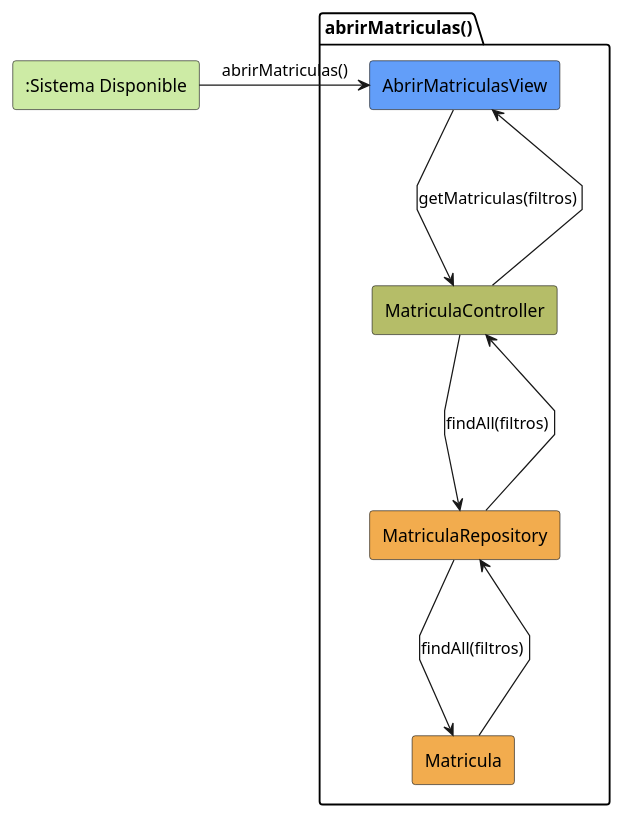
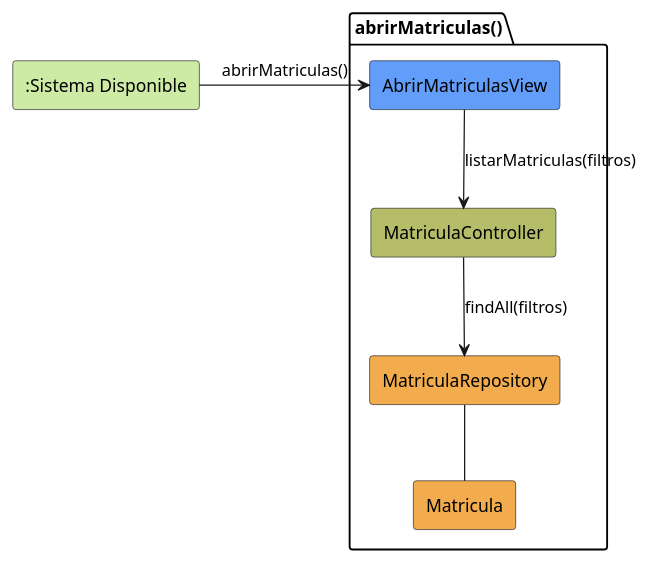
Before and after one commit to jerdier/25-26-idsw2-sdVC: the diagram in modelosUML/analisis/abrirMatriculas/colaboracion.puml, drawn with PlantUML. The commit also changed 83 other files, not shown here.

```diff
--- a/modelosUML/analisis/abrirMatriculas/colaboracion.puml
+++ b/modelosUML/analisis/abrirMatriculas/colaboracion.puml
@@ -1,20 +1,17 @@
 @startuml abrirMatriculas-analisis
 skinparam linetype polyline
 
 rectangle #CDEBA5 ":Sistema Disponible" as SistemaDisponible
 
 package abrirMatriculas as "abrirMatriculas()" {
     rectangle #629EF9 AbrirMatriculasView
     rectangle #b5bd68 MatriculaController
     rectangle #F2AC4E MatriculaRepository
     rectangle #F2AC4E Matricula
 }
 
 SistemaDisponible -r-> AbrirMatriculasView: abrirMatriculas()
-AbrirMatriculasView -d-> MatriculaController: getMatriculas(filtros)
-MatriculaController -d-> MatriculaRepository: findAll(filtros)
-MatriculaRepository -d-> Matricula: findAll(filtros)
-Matricula --u-> MatriculaRepository
-MatriculaRepository --u-> MatriculaController
-MatriculaController --u-> AbrirMatriculasView
+AbrirMatriculasView -d-> MatriculaController: listarMatriculas(filtros)
+MatriculaController --> MatriculaRepository: findAll(filtros)
+MatriculaRepository -- Matricula
 @enduml
```
